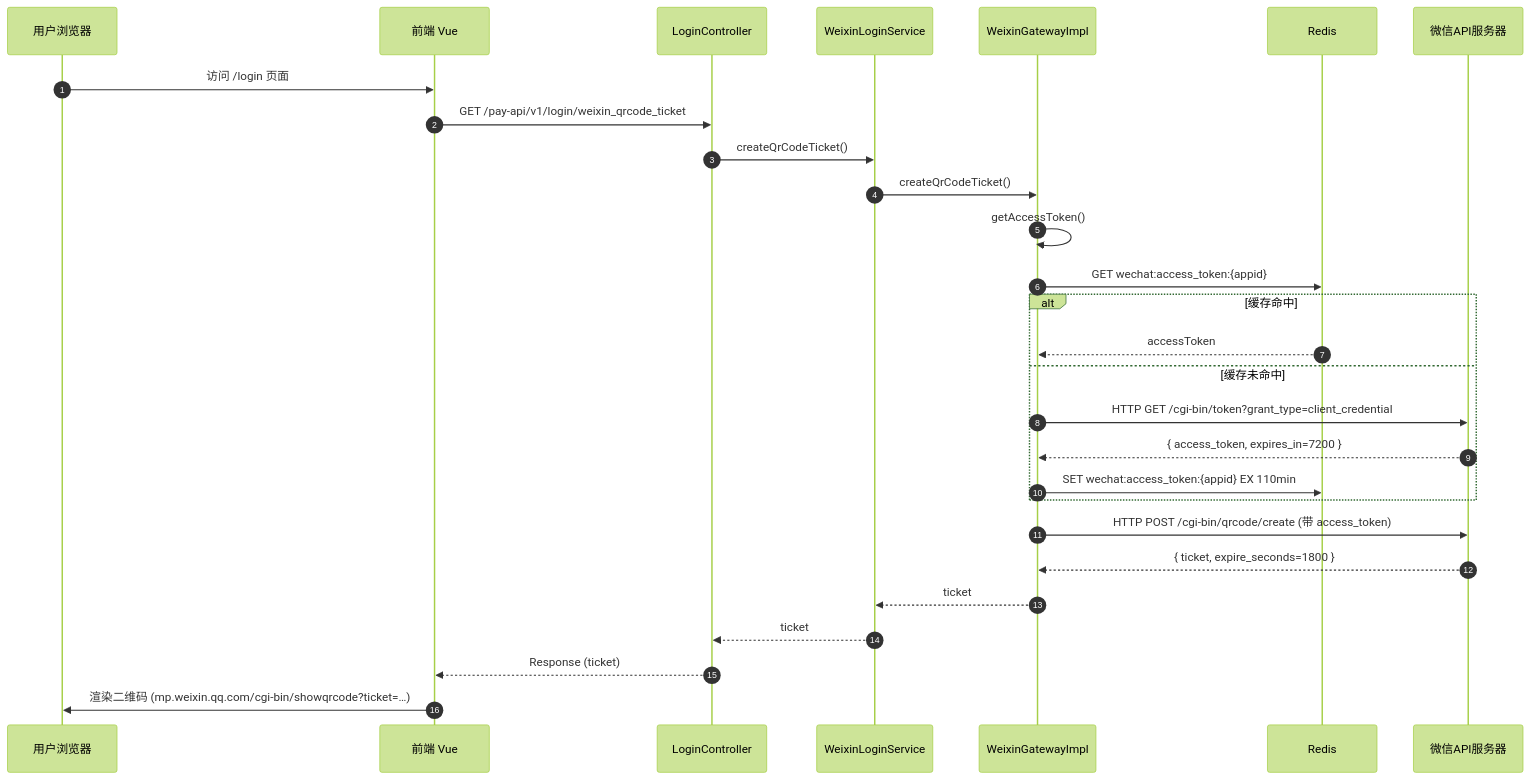
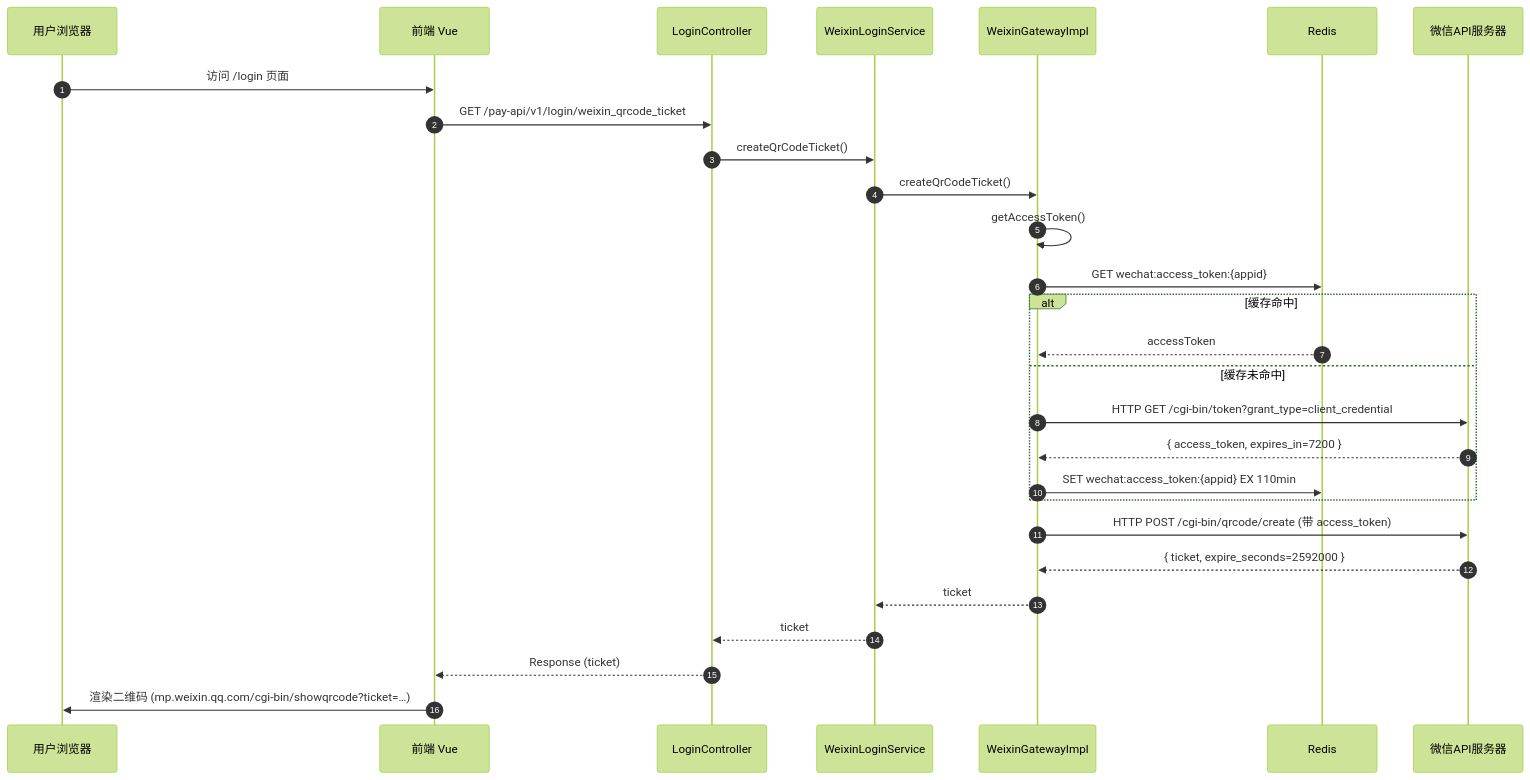
Before and after one commit to sxlva/s-pay-mall: the first of 6 diagrams in docs/design/module-auth.md, drawn with Mermaid (forest theme). The commit also changed other lines of this file and 3 other files, not shown here.

````diff
--- a/docs/design/module-auth.md
+++ b/docs/design/module-auth.md
@@ -33,31 +33,31 @@
 ```mermaid
 sequenceDiagram
     autonumber
     participant U as 用户浏览器
     participant F as 前端 Vue
     participant C as LoginController
     participant S as WeixinLoginService
     participant W as WeixinGatewayImpl
     participant Redis as Redis
     participant WX as 微信API服务器
 
     U->>F: 访问 /login 页面
     F->>C: GET /pay-api/v1/login/weixin_qrcode_ticket
     C->>S: createQrCodeTicket()
     S->>W: createQrCodeTicket()
     W->>W: getAccessToken()
     W->>Redis: GET wechat:access_token:{appid}
     alt 缓存命中
         Redis-->>W: accessToken
     else 缓存未命中
         W->>WX: HTTP GET /cgi-bin/token?grant_type=client_credential
         WX-->>W: { access_token, expires_in=7200 }
         W->>Redis: SET wechat:access_token:{appid} EX 110min
     end
     W->>WX: HTTP POST /cgi-bin/qrcode/create (带 access_token)
-    WX-->>W: { ticket, expire_seconds=1800 }
+    WX-->>W: { ticket, expire_seconds=2592000 }
     W-->>S: ticket
     S-->>C: ticket
     C-->>F: Response (ticket)
     F->>U: 渲染二维码 (mp.weixin.qq.com/cgi-bin/showqrcode?ticket=…)
 ```
````
